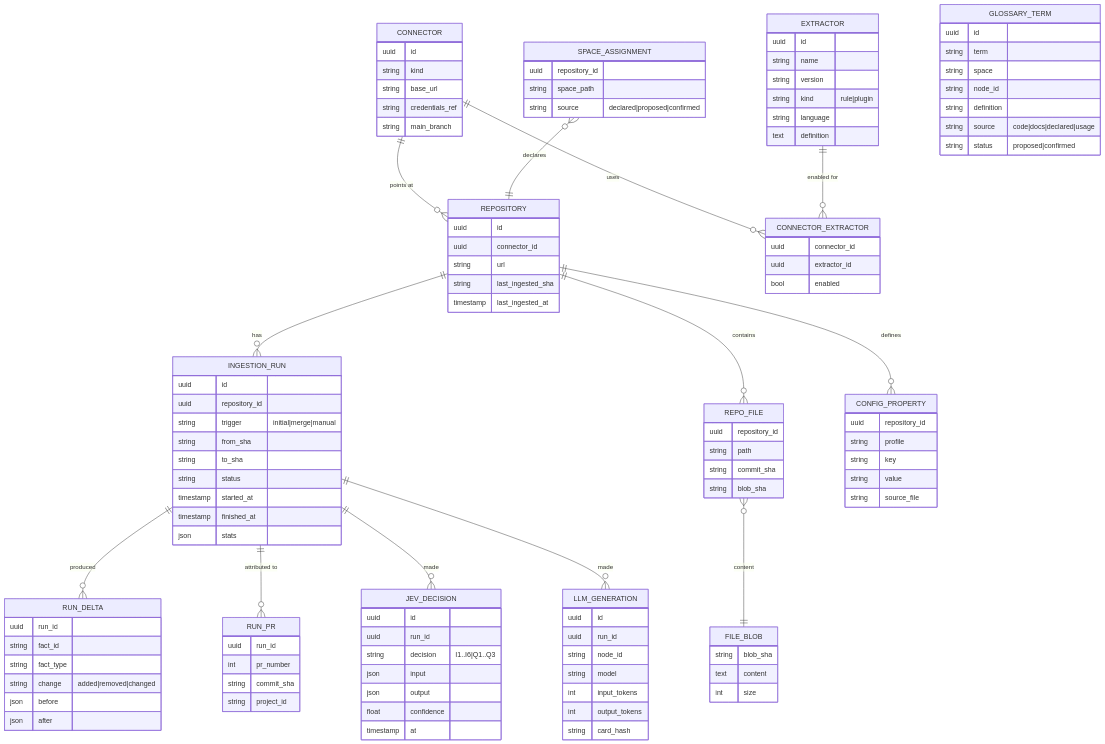
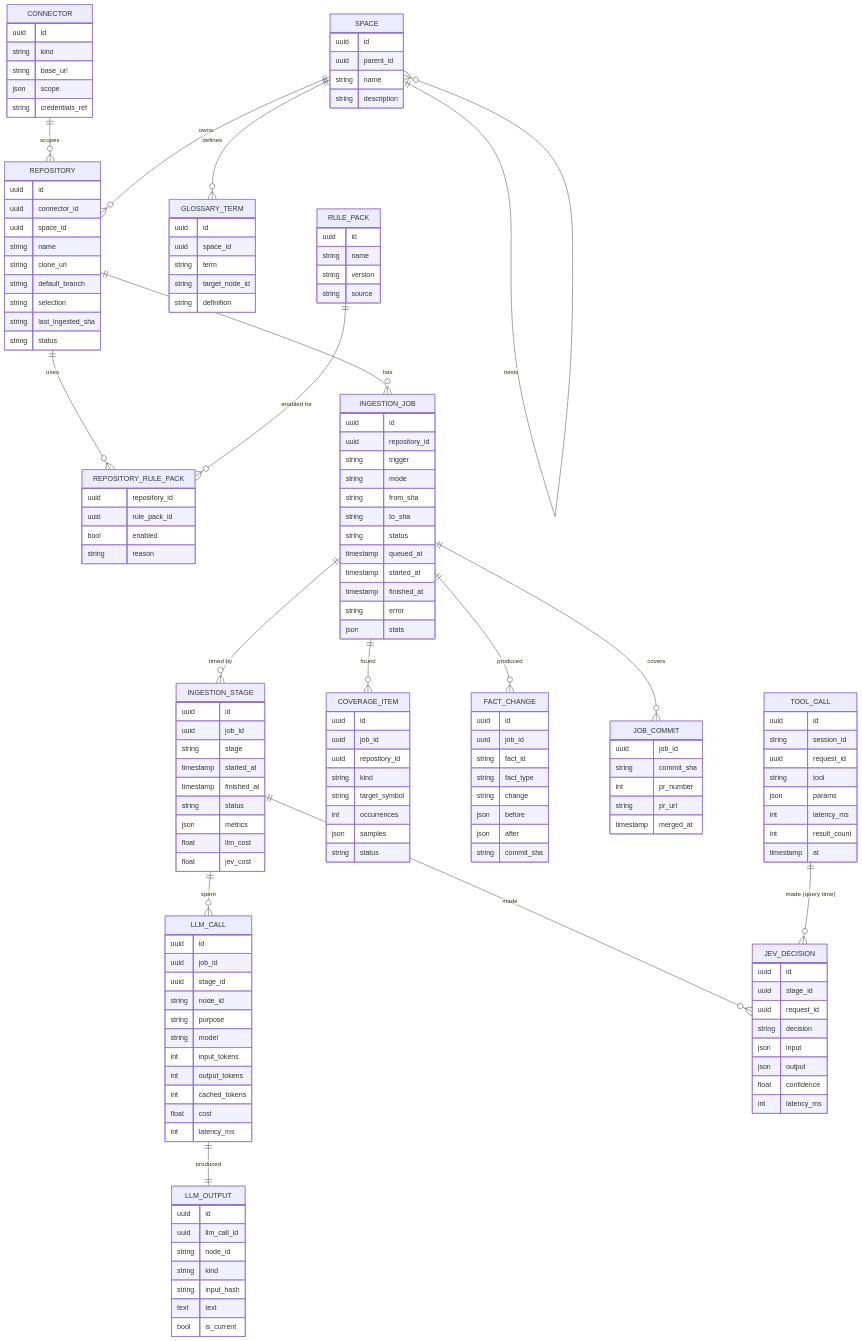
One commit to KBavis/steno changed the fourth of 4 diagrams in docs/ingestion.md. Above: the diagram before and after it, drawn with Mermaid. The commit also changed other lines of this file and 5 other files, not shown here.

````diff
--- a/docs/ingestion.md
+++ b/docs/ingestion.md
@@ -281,30 +348,34 @@
 ```mermaid
 erDiagram
-    CONNECTOR ||--o{ REPOSITORY : "points at"
-    CONNECTOR ||--o{ CONNECTOR_EXTRACTOR : uses
-    EXTRACTOR ||--o{ CONNECTOR_EXTRACTOR : "enabled for"
-    SPACE_ASSIGNMENT }o--|| REPOSITORY : declares
-    REPOSITORY ||--o{ INGESTION_RUN : has
-    INGESTION_RUN ||--o{ RUN_DELTA : produced
-    INGESTION_RUN ||--o{ RUN_PR : "attributed to"
-    INGESTION_RUN ||--o{ JEV_DECISION : made
-    INGESTION_RUN ||--o{ LLM_GENERATION : made
-    REPOSITORY ||--o{ REPO_FILE : contains
-    REPO_FILE }o--|| FILE_BLOB : "content"
-    REPOSITORY ||--o{ CONFIG_PROPERTY : defines
+    CONNECTOR ||--o{ REPOSITORY : scopes
+    SPACE ||--o{ SPACE : nests
+    SPACE ||--o{ REPOSITORY : owns
+    SPACE ||--o{ GLOSSARY_TERM : defines
+    REPOSITORY ||--o{ REPOSITORY_RULE_PACK : uses
+    RULE_PACK ||--o{ REPOSITORY_RULE_PACK : "enabled for"
+    REPOSITORY ||--o{ INGESTION_JOB : has
+    INGESTION_JOB ||--o{ INGESTION_STAGE : "timed by"
+    INGESTION_JOB ||--o{ COVERAGE_ITEM : found
+    INGESTION_JOB ||--o{ FACT_CHANGE : produced
+    INGESTION_JOB ||--o{ JOB_COMMIT : covers
+    INGESTION_STAGE ||--o{ LLM_CALL : spent
+    INGESTION_STAGE ||--o{ JEV_DECISION : made
+    LLM_CALL ||--|| LLM_OUTPUT : produced
+    TOOL_CALL ||--o{ JEV_DECISION : "made (query time)"
 
-    CONNECTOR { uuid id string kind string base_url string credentials_ref string main_branch }
-    REPOSITORY { uuid id uuid connector_id string url string last_ingested_sha timestamp last_ingested_at }
-    EXTRACTOR { uuid id string name string version string kind "rule|plugin" string language text definition }
-    CONNECTOR_EXTRACTOR { uuid connector_id uuid extractor_id bool enabled }
-    SPACE_ASSIGNMENT { uuid repository_id string space_path string source "declared|proposed|confirmed" }
-    INGESTION_RUN { uuid id uuid repository_id string trigger "initial|merge|manual" string from_sha string to_sha string status timestamp started_at timestamp finished_at json stats }
-    RUN_DELTA { uuid run_id string fact_id string fact_type string change "added|removed|changed" json before json after }
-    RUN_PR { uuid run_id int pr_number string commit_sha string project_id }
-    JEV_DECISION { uuid id uuid run_id string decision "I1..I6|Q1..Q3" json input json output float confidence timestamp at }
-    LLM_GENERATION { uuid id uuid run_id string node_id string model int input_tokens int output_tokens string card_hash }
-    REPO_FILE { uuid repository_id string path string commit_sha string blob_sha }
-    FILE_BLOB { string blob_sha text content int size }
-    CONFIG_PROPERTY { uuid repository_id string profile string key string value string source_file }
-    GLOSSARY_TERM { uuid id string term string space string node_id string definition string source "code|docs|declared|usage" string status "proposed|confirmed" }
+    CONNECTOR { uuid id string kind string base_url json scope string credentials_ref }
+    REPOSITORY { uuid id uuid connector_id uuid space_id string name string clone_url string default_branch string selection string last_ingested_sha string status }
+    SPACE { uuid id uuid parent_id string name string description }
+    GLOSSARY_TERM { uuid id uuid space_id string term string target_node_id string definition }
+    RULE_PACK { uuid id string name string version string source }
+    REPOSITORY_RULE_PACK { uuid repository_id uuid rule_pack_id bool enabled string reason }
+    INGESTION_JOB { uuid id uuid repository_id string trigger string mode string from_sha string to_sha string status timestamp queued_at timestamp started_at timestamp finished_at string error json stats }
+    INGESTION_STAGE { uuid id uuid job_id string stage timestamp started_at timestamp finished_at string status json metrics float llm_cost float jev_cost }
+    COVERAGE_ITEM { uuid id uuid job_id uuid repository_id string kind string target_symbol int occurrences json samples string status }
+    FACT_CHANGE { uuid id uuid job_id string fact_id string fact_type string change json before json after string commit_sha }
+    JOB_COMMIT { uuid job_id string commit_sha int pr_number string pr_url timestamp merged_at }
+    LLM_CALL { uuid id uuid job_id uuid stage_id string node_id string purpose string model int input_tokens int output_tokens int cached_tokens float cost int latency_ms }
+    LLM_OUTPUT { uuid id uuid llm_call_id string node_id string kind string input_hash text text bool is_current }
+    JEV_DECISION { uuid id uuid stage_id uuid request_id string decision json input json output float confidence int latency_ms }
+    TOOL_CALL { uuid id string session_id uuid request_id string tool json params int latency_ms int result_count timestamp at }
 ```
````
